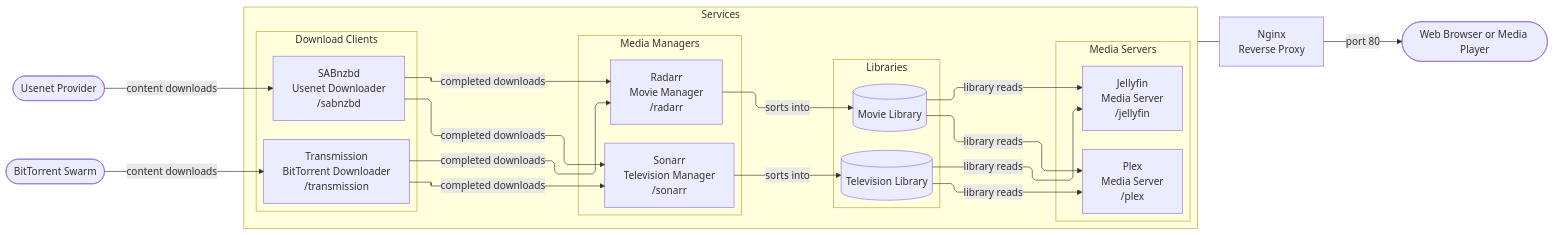
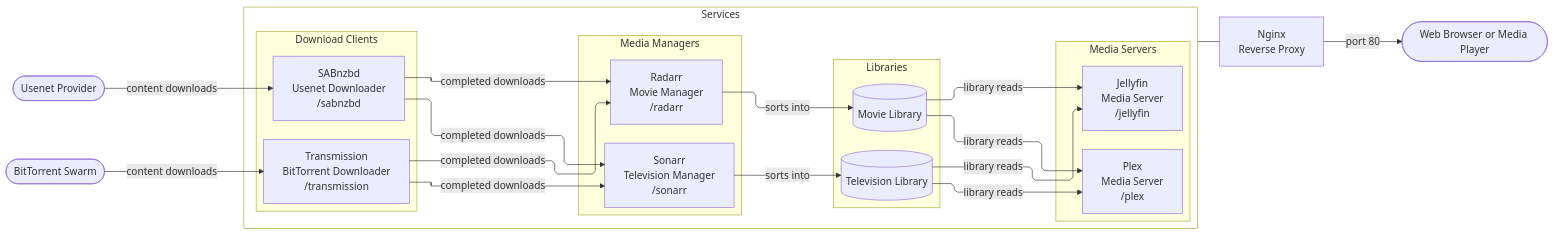
One commit to evinowen/bragi changed the diagram in README.md. Above: the diagram before and after it, drawn with Mermaid.

Commit message:
Make the Services pipeline box background transparent

````diff
--- a/README.md
+++ b/README.md
@@ -20,51 +20,53 @@
 ```mermaid
 %%{init: {'flowchart': {'defaultRenderer': 'elk', 'curve': 'linear'}}}%%
 flowchart LR
     UP([Usenet Provider])
     BT_SRC([BitTorrent Swarm])
 
     subgraph pipeline[Services]
         subgraph downloaders[Download Clients]
             direction TB
             SAB["SABnzbd<br>Usenet Downloader<br>/sabnzbd"]
             TRN["Transmission<br>BitTorrent Downloader<br>/transmission"]
         end
 
         subgraph managers[Media Managers]
             direction TB
             SON["Sonarr<br>Television Manager<br>/sonarr"]
             RAD["Radarr<br>Movie Manager<br>/radarr"]
         end
 
         subgraph libraries[Libraries]
             direction TB
             TL[(Television Library)]
             ML[(Movie Library)]
         end
 
         subgraph servers[Media Servers]
             direction TB
             JF["Jellyfin<br>Media Server<br>/jellyfin"]
             PL["Plex<br>Media Server<br>/plex"]
         end
     end
 
     NGX["Nginx<br>Reverse Proxy"]
     CLIENT([Web Browser or Media Player])
 
     UP -->|content downloads| SAB
     BT_SRC -->|content downloads| TRN
     SAB -->|completed downloads| SON
     SAB -->|completed downloads| RAD
     TRN -->|completed downloads| SON
     TRN -->|completed downloads| RAD
     SON -->|sorts into| TL
     RAD -->|sorts into| ML
     TL -->|library reads| JF
     ML -->|library reads| JF
     TL -->|library reads| PL
     ML -->|library reads| PL
 
     pipeline --- NGX
     NGX -->|port 80| CLIENT
+
+    style pipeline fill:transparent
 ```
````
